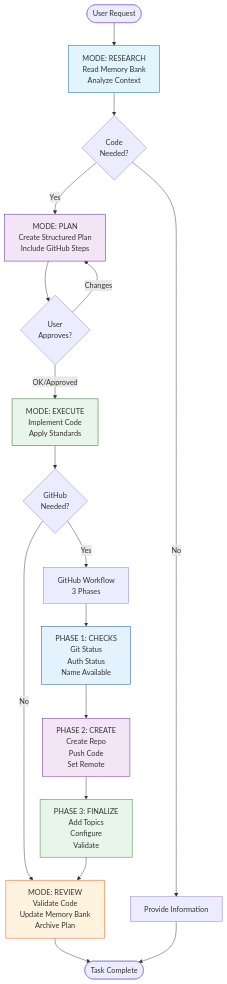
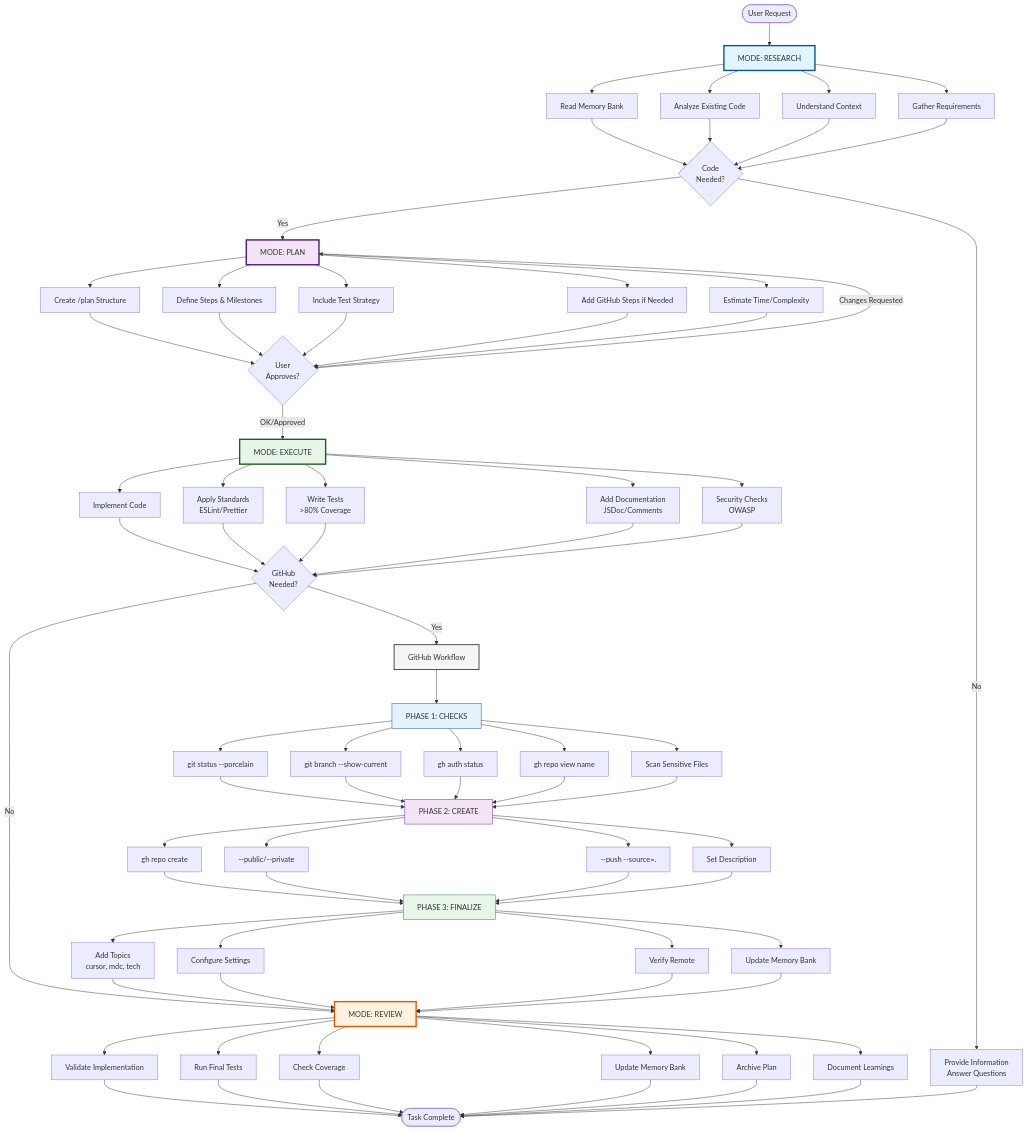
Before and after one commit to ShakaTry/cursor-rules-mdc: the diagram in README.md, drawn with Mermaid.

Commit message:
📊 docs: Enhanced workflow mindmap with detailed actions for all modes
- Expanded mindmap to show specific actions in each mode (RESEARCH, PLAN, EXECUTE, REVIEW)
- Detailed GitHub workflow phases with all commands and checks
- Better visual hierarchy with node grouping
- Complete workflow visualization, not just GitHub part

````diff
--- a/README.md
+++ b/README.md
@@ -66,33 +66,79 @@
 ```mermaid
 graph TB
-    Start([User Request]) --> Research[MODE: RESEARCH<br/>Read Memory Bank<br/>Analyze Context]
+    Start([User Request]) --> Research[MODE: RESEARCH]
     
-    Research --> Decision{Code<br/>Needed?}
-    Decision -->|Yes| Plan[MODE: PLAN<br/>Create Structured Plan<br/>Include GitHub Steps]
-    Decision -->|No| Response[Provide Information]
+    Research --> R1[Read Memory Bank]
+    Research --> R2[Analyze Existing Code]
+    Research --> R3[Understand Context]
+    Research --> R4[Gather Requirements]
     
-    Plan --> Validation{User<br/>Approves?}
-    Validation -->|"OK/Approved"| Execute[MODE: EXECUTE<br/>Implement Code<br/>Apply Standards]
-    Validation -->|Changes| Plan
+    R1 & R2 & R3 & R4 --> Decision{Code<br/>Needed?}
     
-    Execute --> GitHub{GitHub<br/>Needed?}
-    GitHub -->|Yes| GHWorkflow[GitHub Workflow<br/>3 Phases]
+    Decision -->|Yes| Plan[MODE: PLAN]
+    Decision -->|No| Response[Provide Information<br/>Answer Questions]
+    
+    Plan --> P1[Create /plan Structure]
+    Plan --> P2[Define Steps & Milestones]
+    Plan --> P3[Include Test Strategy]
+    Plan --> P4[Add GitHub Steps if Needed]
+    Plan --> P5[Estimate Time/Complexity]
+    
+    P1 & P2 & P3 & P4 & P5 --> Validation{User<br/>Approves?}
+    
+    Validation -->|"OK/Approved"| Execute[MODE: EXECUTE]
+    Validation -->|Changes Requested| Plan
+    
+    Execute --> E1[Implement Code]
+    Execute --> E2[Apply Standards<br/>ESLint/Prettier]
+    Execute --> E3[Write Tests<br/>>80% Coverage]
+    Execute --> E4[Add Documentation<br/>JSDoc/Comments]
+    Execute --> E5[Security Checks<br/>OWASP]
+    
+    E1 & E2 & E3 & E4 & E5 --> GitHub{GitHub<br/>Needed?}
+    
+    GitHub -->|Yes| GHWorkflow[GitHub Workflow]
     GitHub -->|No| Review
     
-    GHWorkflow --> GHCheck[PHASE 1: CHECKS<br/>Git Status<br/>Auth Status<br/>Name Available]
-    GHCheck --> GHCreate[PHASE 2: CREATE<br/>Create Repo<br/>Push Code<br/>Set Remote]
-    GHCreate --> GHFinalize[PHASE 3: FINALIZE<br/>Add Topics<br/>Configure<br/>Validate]
-    GHFinalize --> Review
+    GHWorkflow --> GHCheck[PHASE 1: CHECKS]
+    GHCheck --> C1[git status --porcelain]
+    GHCheck --> C2[git branch --show-current]
+    GHCheck --> C3[gh auth status]
+    GHCheck --> C4[gh repo view name]
+    GHCheck --> C5[Scan Sensitive Files]
     
-    Review[MODE: REVIEW<br/>Validate Code<br/>Update Memory Bank<br/>Archive Plan] --> Complete([Task Complete])
+    C1 & C2 & C3 & C4 & C5 --> GHCreate[PHASE 2: CREATE]
+    
+    GHCreate --> CR1[gh repo create]
+    GHCreate --> CR2[--public/--private]
+    GHCreate --> CR3[--push --source=.]
+    GHCreate --> CR4[Set Description]
+    
+    CR1 & CR2 & CR3 & CR4 --> GHFinalize[PHASE 3: FINALIZE]
+    
+    GHFinalize --> F1[Add Topics<br/>cursor, mdc, tech]
+    GHFinalize --> F2[Configure Settings]
+    GHFinalize --> F3[Verify Remote]
+    GHFinalize --> F4[Update Memory Bank]
+    
+    F1 & F2 & F3 & F4 --> Review
+    
+    Review[MODE: REVIEW] --> RV1[Validate Implementation]
+    Review --> RV2[Run Final Tests]
+    Review --> RV3[Check Coverage]
+    Review --> RV4[Update Memory Bank]
+    Review --> RV5[Archive Plan]
+    Review --> RV6[Document Learnings]
+    
+    RV1 & RV2 & RV3 & RV4 & RV5 & RV6 --> Complete([Task Complete])
     
     Response --> Complete
     
-    style Research fill:#e1f5fe,stroke:#01579b
-    style Plan fill:#f3e5f5,stroke:#4a148c
-    style Execute fill:#e8f5e9,stroke:#1b5e20
-    style Review fill:#fff3e0,stroke:#e65100
+    style Research fill:#e1f5fe,stroke:#01579b,stroke-width:3px
+    style Plan fill:#f3e5f5,stroke:#4a148c,stroke-width:3px
+    style Execute fill:#e8f5e9,stroke:#1b5e20,stroke-width:3px
+    style Review fill:#fff3e0,stroke:#e65100,stroke-width:3px
+    style GHWorkflow fill:#f5f5f5,stroke:#424242,stroke-width:2px
     style GHCheck fill:#e3f2fd,stroke:#0d47a1
     style GHCreate fill:#f3e5f5,stroke:#6a1b9a
     style GHFinalize fill:#e8f5e9,stroke:#2e7d32
 ```
````
